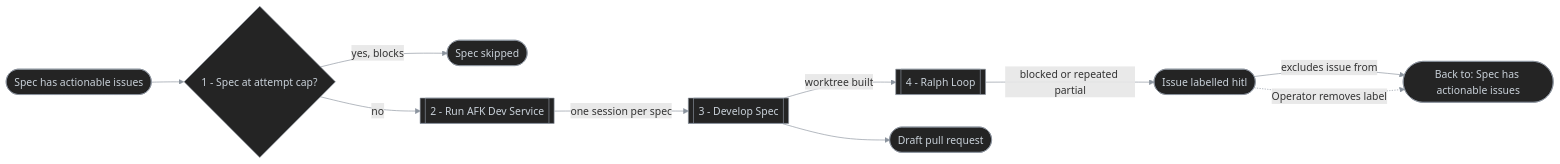
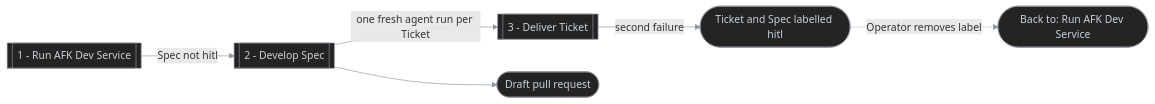
Before and after one commit to antshc/loop: the third of 3 diagrams in docs/concepts/dom-autonomous-spec-delivery.md, drawn with Mermaid. The commit also changed other lines of this file and 5 other files, not shown here.

````diff
--- a/docs/concepts/dom-autonomous-spec-delivery.md
+++ b/docs/concepts/dom-autonomous-spec-delivery.md
@@ -231,26 +108,19 @@
 ```mermaid
 %%{init: {'themeVariables': {'lineColor': '#8b949e'}}}%%
 %% diagram-id: autonomous-spec-delivery-relationships
 flowchart LR
-    actionable(["Spec has actionable issues"])
-    cap{"1 - Spec at attempt cap?"}
-    skipped(["Spec skipped"])
-    hitl(["Issue labelled hitl"])
-    run[["2 - Run AFK Dev Service"]]
-    dev[["3 - Develop Spec"]]
-    loop[["4 - Ralph Loop"]]
+    run[["1 - Run AFK Dev Service"]]
+    dev[["2 - Develop Spec"]]
+    ticket[["3 - Deliver Ticket"]]
     pr(["Draft pull request"])
-    backActionable(["Back to: Spec has actionable issues"])
+    hitl(["Ticket and Spec labelled hitl"])
+    back(["Back to: Run AFK Dev Service"])
 
-    actionable --> cap
-    cap -- "yes, blocks" --> skipped
-    cap -- no --> run
-    run -- "one session per spec" --> dev
-    dev -- "worktree built" --> loop
+    run -- "Spec not hitl" --> dev
+    dev -- "one fresh agent run per Ticket" --> ticket
+    ticket -- "second failure" --> hitl
     dev --> pr
-    loop -- "blocked or repeated partial" --> hitl
-    hitl -- excludes issue from --> backActionable
-    hitl -. "Operator removes label" .-> backActionable
+    hitl -. "Operator removes label" .-> back
 
     classDef default fill:#242424,stroke:#8b949e,color:#c9d1d9,stroke-width:1px
 ```
````
